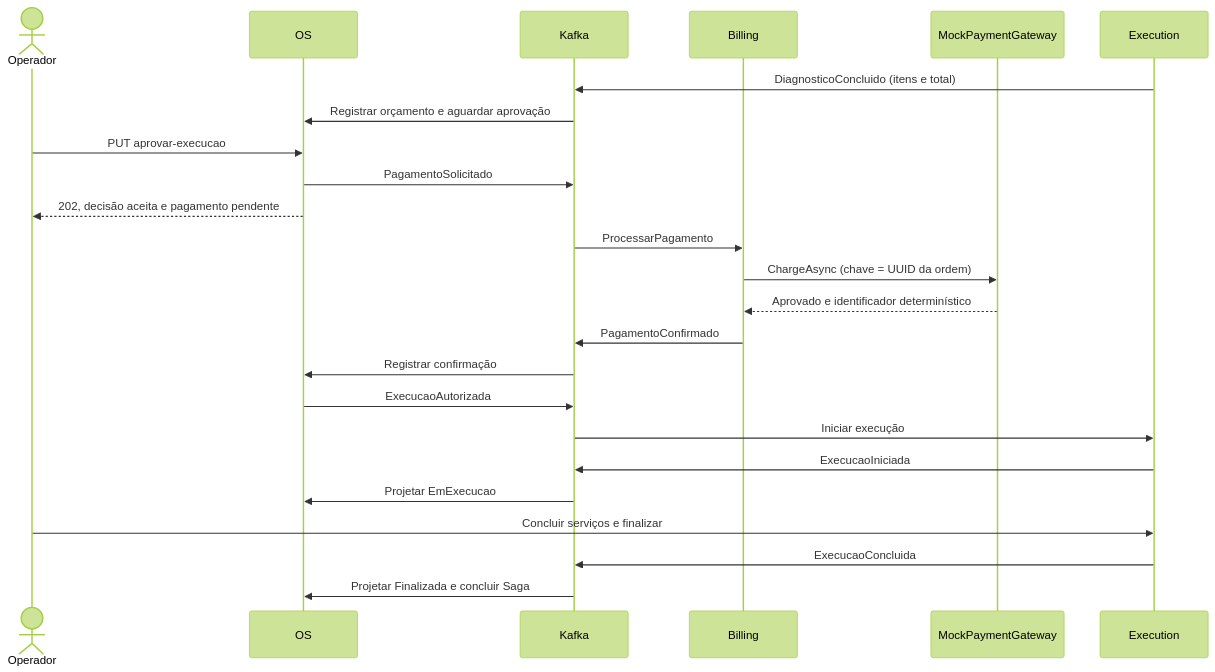
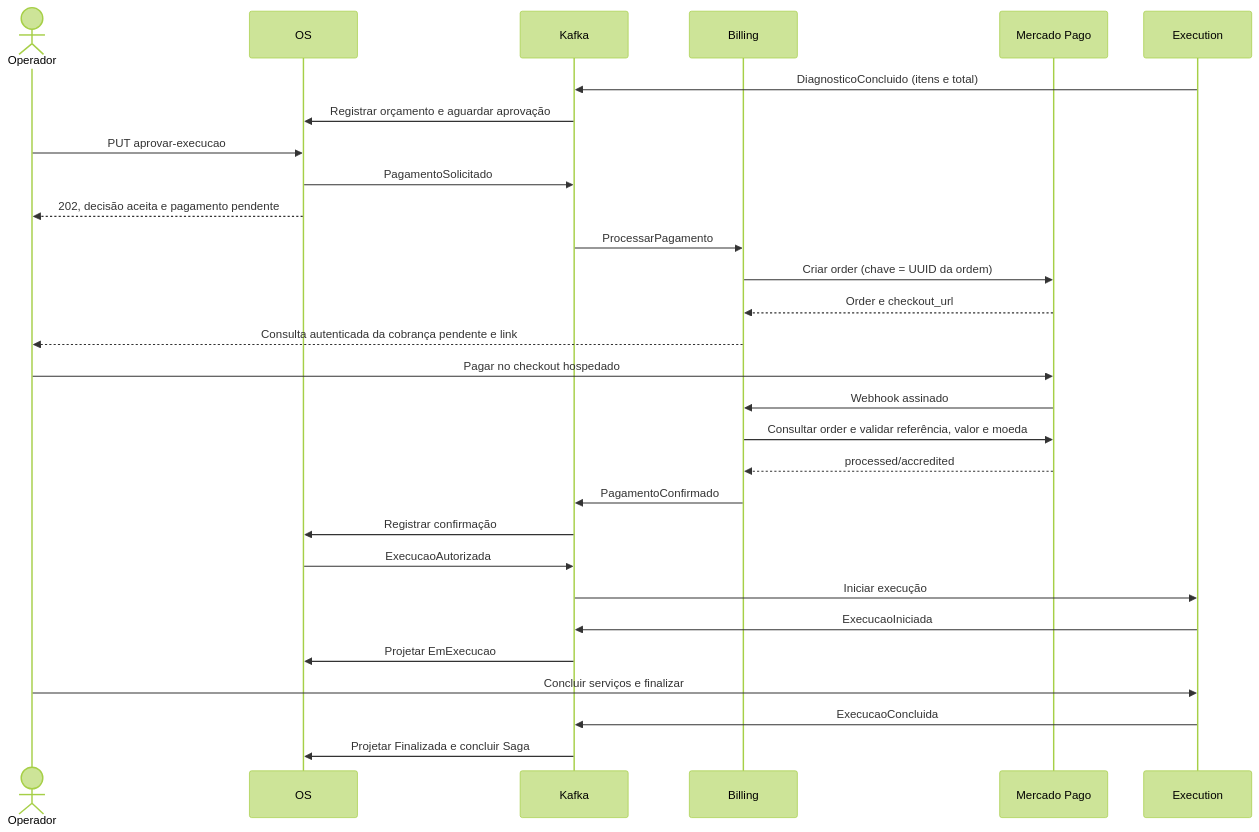
Before and after one commit to Maieru/fiap-tech-challenge: the first of 2 diagrams in docs/arquitetura/saga-pagamento.md, drawn with Mermaid (forest theme). The commit also changed other lines of this file and 12 other files, not shown here.

Commit message:
Implementação inicial de integração com mercado pago

````diff
--- a/docs/arquitetura/saga-pagamento.md
+++ b/docs/arquitetura/saga-pagamento.md
@@ -17,26 +17,31 @@
 ```mermaid
 sequenceDiagram
     actor Operador
     participant OS
     participant Kafka
     participant Billing
-    participant Gateway as MockPaymentGateway
+    participant Gateway as Mercado Pago
     participant Execution
     Execution->>Kafka: DiagnosticoConcluido (itens e total)
     Kafka->>OS: Registrar orçamento e aguardar aprovação
     Operador->>OS: PUT aprovar-execucao
     OS->>Kafka: PagamentoSolicitado
     OS-->>Operador: 202, decisão aceita e pagamento pendente
     Kafka->>Billing: ProcessarPagamento
-    Billing->>Gateway: ChargeAsync (chave = UUID da ordem)
-    Gateway-->>Billing: Aprovado e identificador determinístico
+    Billing->>Gateway: Criar order (chave = UUID da ordem)
+    Gateway-->>Billing: Order e checkout_url
+    Billing-->>Operador: Consulta autenticada da cobrança pendente e link
+    Operador->>Gateway: Pagar no checkout hospedado
+    Gateway->>Billing: Webhook assinado
+    Billing->>Gateway: Consultar order e validar referência, valor e moeda
+    Gateway-->>Billing: processed/accredited
     Billing->>Kafka: PagamentoConfirmado
     Kafka->>OS: Registrar confirmação
     OS->>Kafka: ExecucaoAutorizada
     Kafka->>Execution: Iniciar execução
     Execution->>Kafka: ExecucaoIniciada
     Kafka->>OS: Projetar EmExecucao
     Operador->>Execution: Concluir serviços e finalizar
     Execution->>Kafka: ExecucaoConcluida
     Kafka->>OS: Projetar Finalizada e concluir Saga
 ```
````
